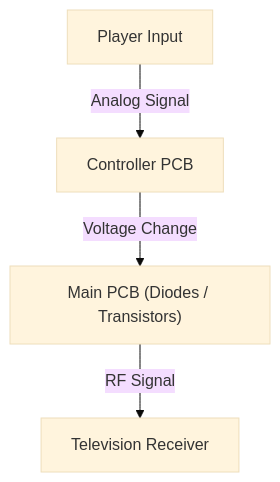
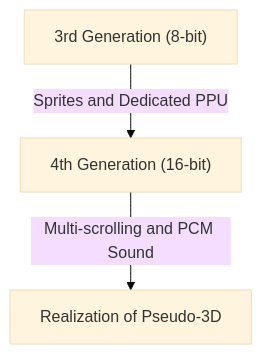
The first of 2 diagrams in content/post/history-of-video-game-consoles/index.en.md (kenjinote/blog), drawn with Mermaid (base theme) before and after one commit. The commit also changed other lines of this file and 129 other files, not shown here.

````diff
--- a/content/post/history-of-video-game-consoles/index.en.md
+++ b/content/post/history-of-video-game-consoles/index.en.md
@@ -22,6 +33,5 @@
 ```mermaid
 graph TD
-    A["Player Input"] -- "Analog Signal" --> B["Controller PCB"]
-    B -- "Voltage Change" --> C["Main PCB (Diodes / Transistors)"]
-    C -- "RF Signal" --> D["Television Receiver"]
+  A["3rd Generation (8-bit)"] -- "Sprites and Dedicated PPU" --> B["4th Generation (16-bit)"]
+  B["4th Generation (16-bit)"] -- "Multi-scrolling and PCM Sound" --> C["Realization of Pseudo-3D"]
 ```
````
